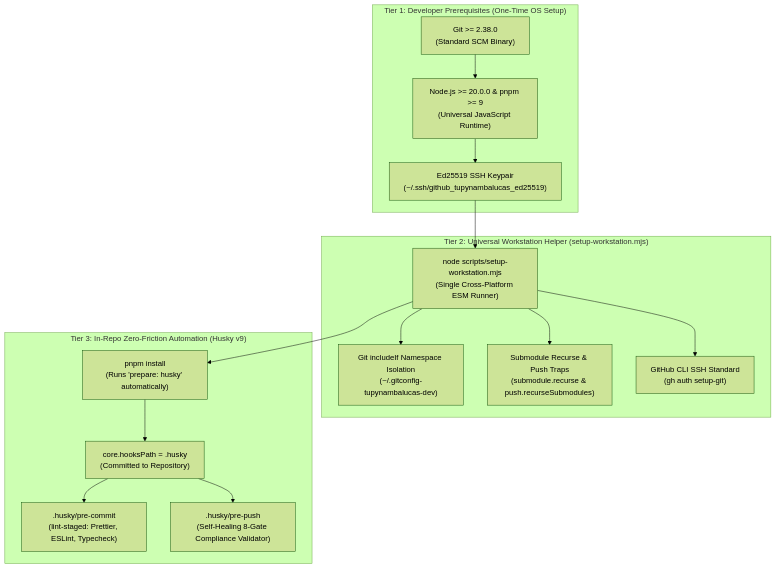
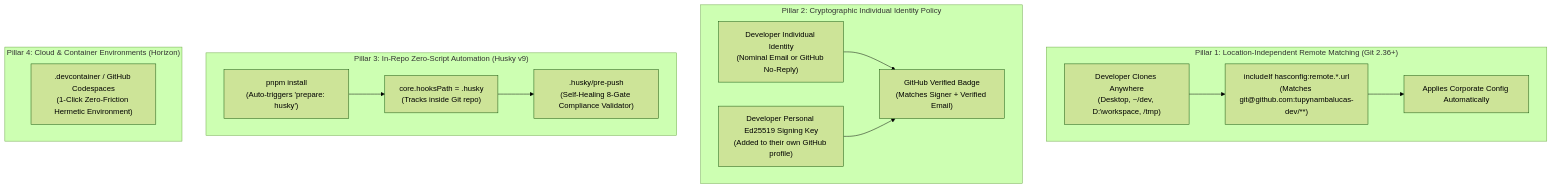
Before and after one commit to tupynambalucas-dev/.github: the diagram in .agents/plans/meta-repository-architecture/developer-workstation-and-github-onboarding-plan.md, drawn with Mermaid (forest theme). The commit also changed other lines of this file, not shown here.

Commit message:
docs(onboarding): adopt hasconfig remote url matching and individual commit email standards

````diff
--- a/.agents/plans/meta-repository-architecture/developer-workstation-and-github-onboarding-plan.md
+++ b/.agents/plans/meta-repository-architecture/developer-workstation-and-github-onboarding-plan.md
@@ -19,30 +31,28 @@
 ```mermaid
 flowchart TD
-    subgraph Tier1 ["Tier 1: Developer Prerequisites (One-Time OS Setup)"]
-        GitBin["Git >= 2.38.0<br/>(Standard SCM Binary)"]
-        NodeBin["Node.js >= 20.0.0 & pnpm >= 9<br/>(Universal JavaScript Runtime)"]
-        SSHKey["Ed25519 SSH Keypair<br/>(~/.ssh/github_tupynambalucas_ed25519)"]
-        GitBin --> NodeBin
-        NodeBin --> SSHKey
+    subgraph Pillar1 ["Pillar 1: Location-Independent Remote Matching (Git 2.36+)"]
+        RemoteRule["includeIf hasconfig:remote.*.url<br/>(Matches git@github.com:tupynambalucas-dev/**)"]
+        AnyLocation["Developer Clones Anywhere<br/>(Desktop, ~/dev, D:\workspace, /tmp)"]
+        AnyLocation --> RemoteRule
+        RemoteRule --> AutoConfig["Applies Corporate Config Automatically"]
     end
 
-    subgraph Tier2 ["Tier 2: Universal Workstation Helper (setup-workstation.mjs)"]
-        UniScript["node scripts/setup-workstation.mjs<br/>(Single Cross-Platform ESM Runner)"]
-        SSHKey --> UniScript
-        UniScript --> GitConfig["Git includeIf Namespace Isolation<br/>(~/.gitconfig-tupynambalucas-dev)"]
-        UniScript --> SubmoduleSafety["Submodule Recurse & Push Traps<br/>(submodule.recurse & push.recurseSubmodules)"]
-        UniScript --> GhConfig["GitHub CLI SSH Standard<br/>(gh auth setup-git)"]
+    subgraph Pillar2 ["Pillar 2: Cryptographic Individual Identity Policy"]
+        DevUser["Developer Individual Identity<br/>(Nominal Email or GitHub No-Reply)"]
+        DevSSH["Developer Personal Ed25519 Signing Key<br/>(Added to their own GitHub profile)"]
+        DevUser --> VerifiedBadge["GitHub Verified Badge<br/>(Matches Signer + Verified Email)"]
+        DevSSH --> VerifiedBadge
     end
 
-    subgraph Tier3 ["Tier 3: In-Repo Zero-Friction Automation (Husky v9)"]
-        PnpmInstall["pnpm install<br/>(Runs 'prepare: husky' automatically)"]
-        HuskyCore["core.hooksPath = .husky<br/>(Committed to Repository)"]
-        PreCommit[".husky/pre-commit<br/>(lint-staged: Prettier, ESLint, Typecheck)"]
+    subgraph Pillar3 ["Pillar 3: In-Repo Zero-Script Automation (Husky v9)"]
+        PnpmInstall["pnpm install<br/>(Auto-triggers 'prepare: husky')"]
+        HuskyPath["core.hooksPath = .husky<br/>(Tracks inside Git repo)"]
         PrePush[".husky/pre-push<br/>(Self-Healing 8-Gate Compliance Validator)"]
-        
-        UniScript --> PnpmInstall
-        PnpmInstall --> HuskyCore
-        HuskyCore --> PreCommit
-        HuskyCore --> PrePush
+        PnpmInstall --> HuskyPath
+        HuskyPath --> PrePush
+    end
+
+    subgraph Pillar4 ["Pillar 4: Cloud & Container Environments (Horizon)"]
+        DevContainer[".devcontainer / GitHub Codespaces<br/>(1-Click Zero-Friction Hermetic Environment)"]
     end
 ```
````
